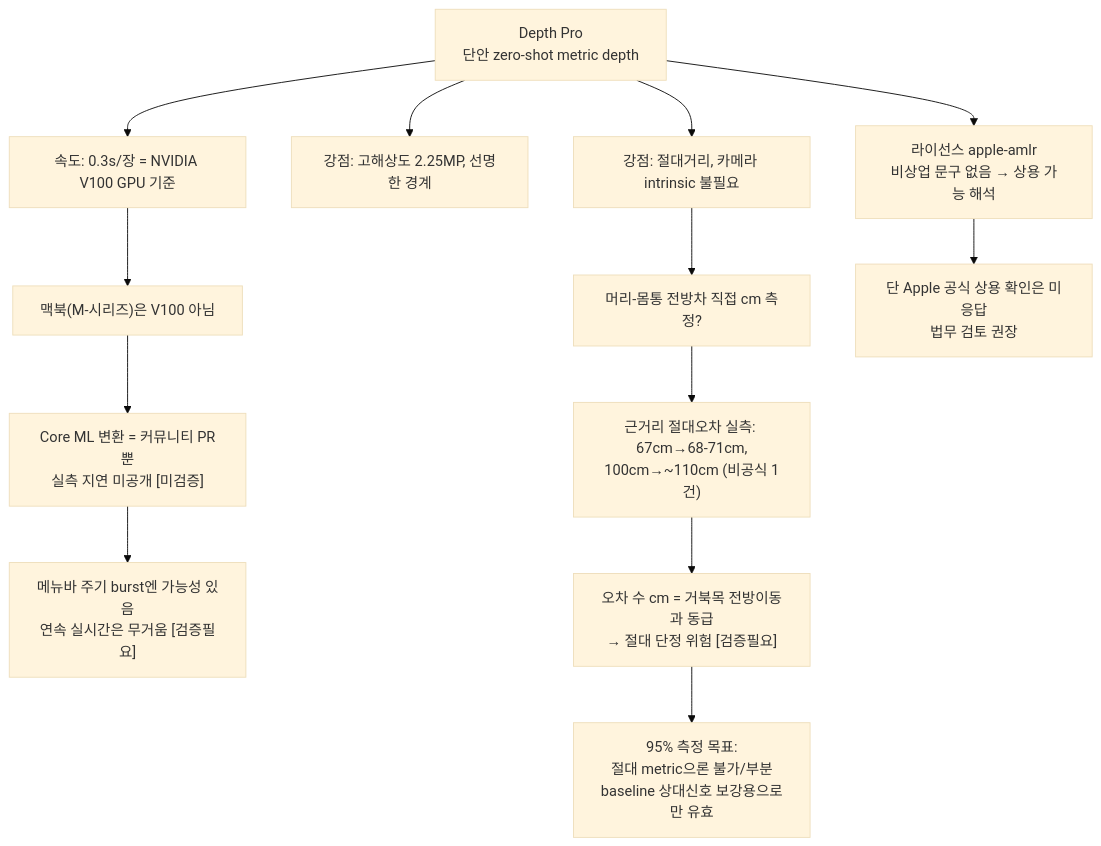
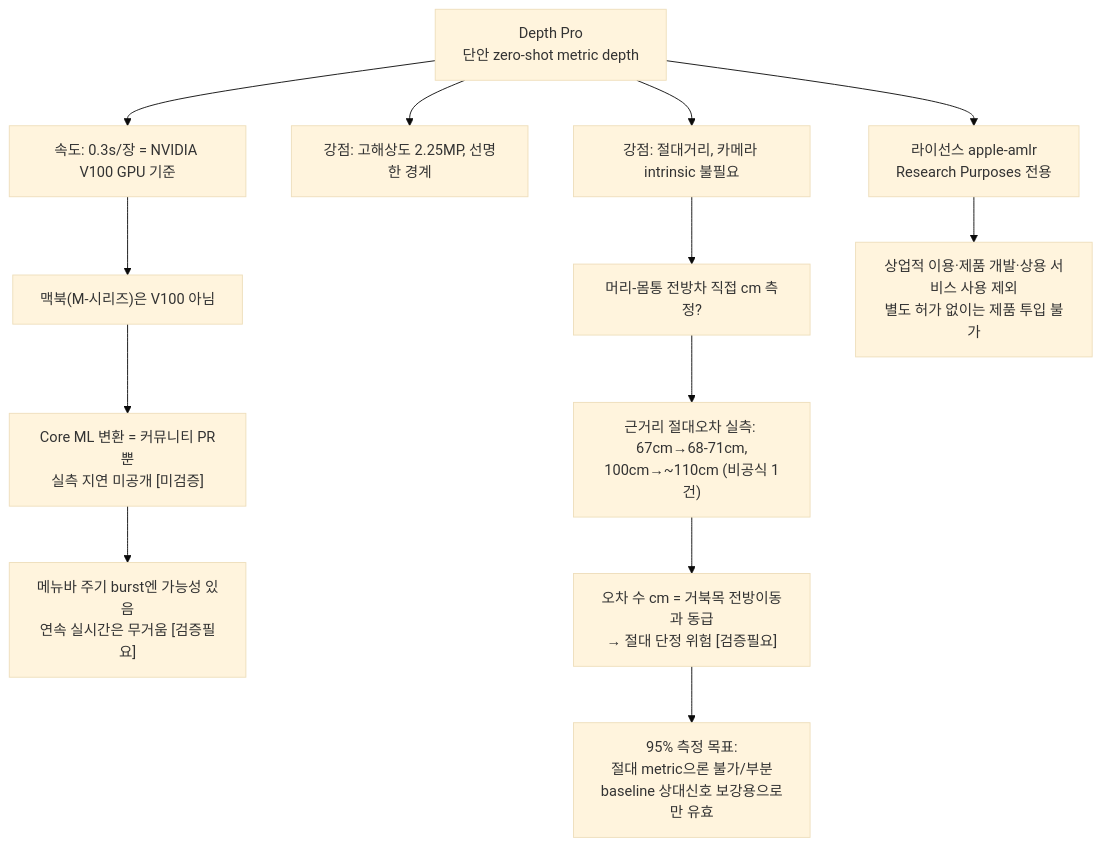
Before and after one commit to kimchanhyung98/turtlemeck: the diagram in docs/depth-estimation/apple-depth-pro/README.md, drawn with Mermaid (base theme). The commit also changed other lines of this file and 17 other files, not shown here.

````diff
--- a/docs/depth-estimation/apple-depth-pro/README.md
+++ b/docs/depth-estimation/apple-depth-pro/README.md
@@ -9,20 +9,20 @@
 ```mermaid
 flowchart TD
     DP["Depth Pro<br/>단안 zero-shot metric depth"]
     DP --> S1["강점: 절대거리, 카메라 intrinsic 불필요"]
     DP --> S2["강점: 고해상도 2.25MP, 선명한 경계"]
     DP --> S3["속도: 0.3s/장 = NVIDIA V100 GPU 기준"]
 
     S3 --> H1["맥북(M-시리즈)은 V100 아님"]
     H1 --> H2["Core ML 변환 = 커뮤니티 PR뿐<br/>실측 지연 미공개 [미검증]"]
     H2 --> H3["메뉴바 주기 burst엔 가능성 있음<br/>연속 실시간은 무거움 [검증필요]"]
 
     S1 --> A1["머리-몸통 전방차 직접 cm 측정?"]
     A1 --> A2["근거리 절대오차 실측: 67cm→68-71cm,<br/>100cm→~110cm (비공식 1건)"]
     A2 --> A3["오차 수 cm = 거북목 전방이동과 동급<br/>→ 절대 단정 위험 [검증필요]"]
 
-    DP --> L1["라이선스 apple-amlr<br/>비상업 문구 없음 → 상용 가능 해석"]
-    L1 --> L2["단 Apple 공식 상용 확인은 미응답<br/>법무 검토 권장"]
+    DP --> L1["라이선스 apple-amlr<br/>Research Purposes 전용"]
+    L1 --> L2["상업적 이용·제품 개발·상용 서비스 사용 제외<br/>별도 허가 없이는 제품 투입 불가"]
 
     A3 --> V["95% 측정 목표:<br/>절대 metric으론 불가/부분<br/>baseline 상대신호 보강용으로만 유효"]
 ```
````
